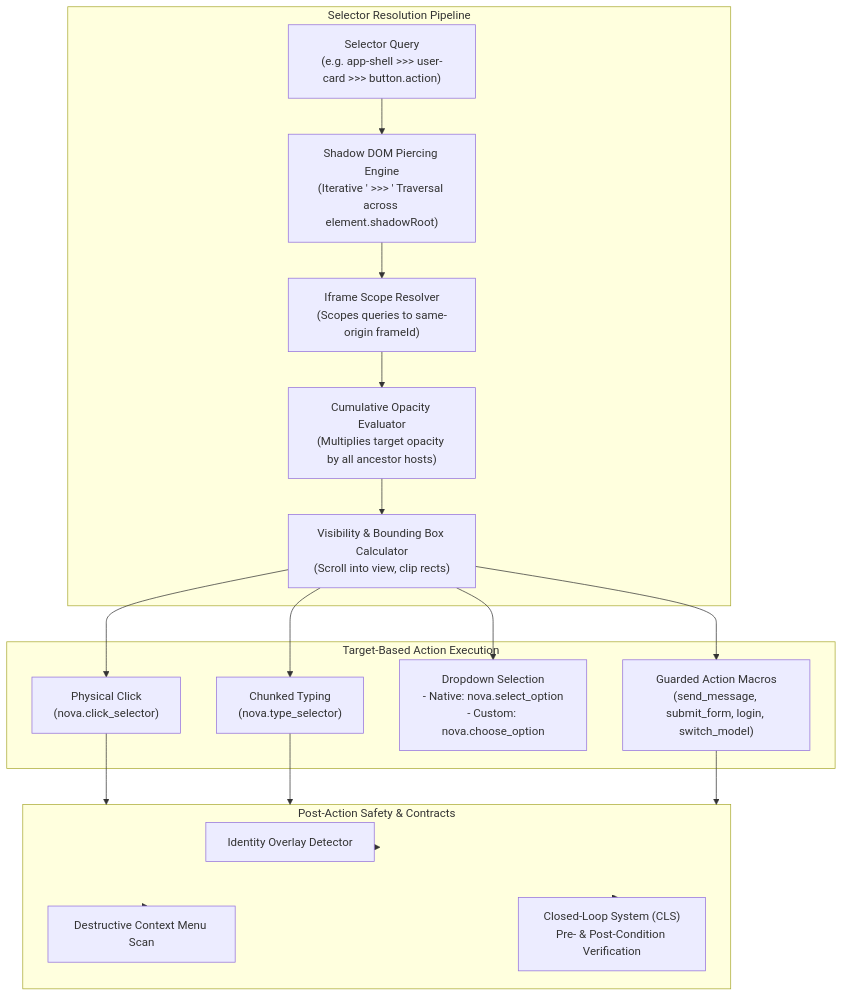
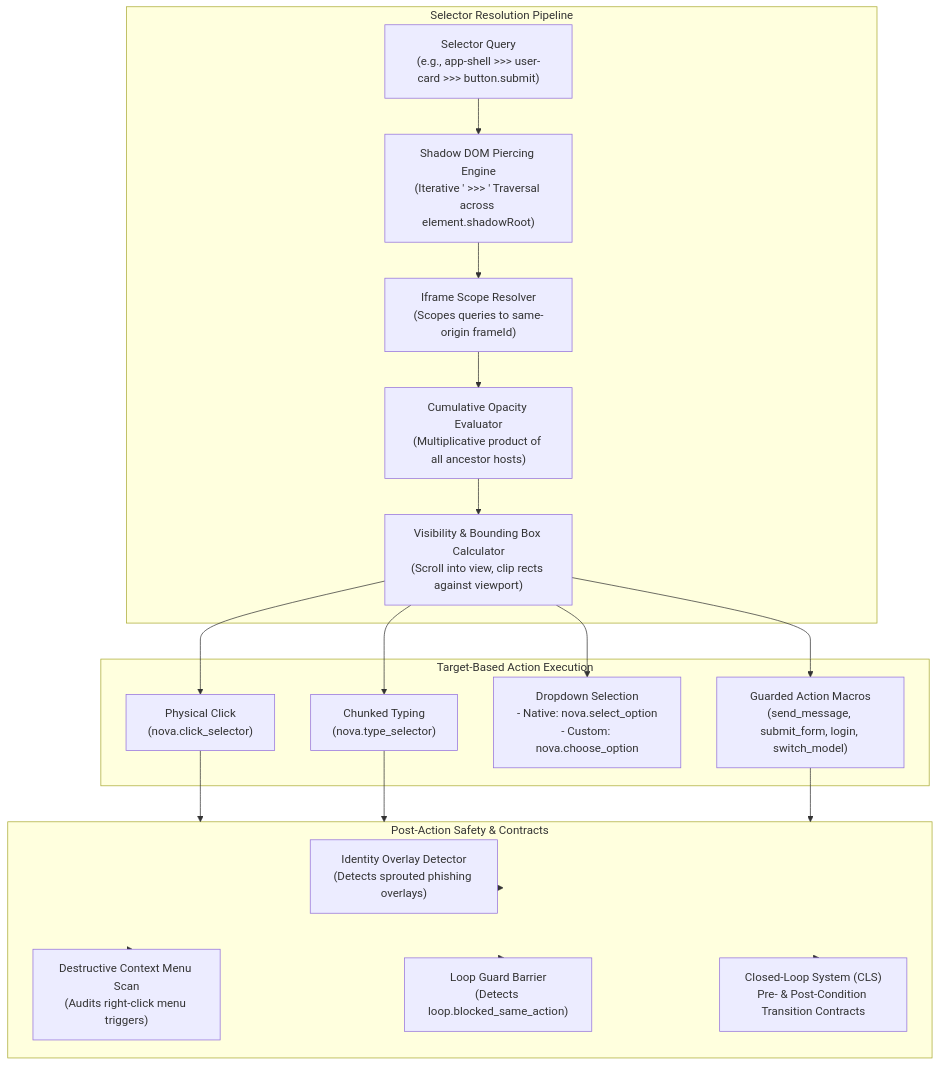
Before and after one commit to joelaniol/nova: the first of 5 diagrams in docs/core-features/browser-interaction/selectors-and-shadow-dom/README.md, drawn with Mermaid. The commit also changed other lines of this file and 6 other files, not shown here.

Commit message:
docs(browser-interaction): expand architectural reference with input dispatch, drag polyfill, and guarded macros

````diff
--- a/docs/core-features/browser-interaction/selectors-and-shadow-dom/README.md
+++ b/docs/core-features/browser-interaction/selectors-and-shadow-dom/README.md
@@ -7,36 +16,38 @@
 ```mermaid
 flowchart TD
     subgraph SelectorEngine["Selector Resolution Pipeline"]
-        InputSelector["Selector Query\n(e.g. app-shell >>> user-card >>> button.action)"]
+        InputSelector["Selector Query\n(e.g., app-shell >>> user-card >>> button.submit)"]
         ShadowWalker["Shadow DOM Piercing Engine\n(Iterative ' >>> ' Traversal across element.shadowRoot)"]
         FrameScope["Iframe Scope Resolver\n(Scopes queries to same-origin frameId)"]
-        OpacityCalc["Cumulative Opacity Evaluator\n(Multiplies target opacity by all ancestor hosts)"]
-        VisibilityRect["Visibility & Bounding Box Calculator\n(Scroll into view, clip rects)"]
+        OpacityCalc["Cumulative Opacity Evaluator\n(Multiplicative product of all ancestor hosts)"]
+        VisibilityRect["Visibility & Bounding Box Calculator\n(Scroll into view, clip rects against viewport)"]
     end
 
     subgraph ActionsLayer["Target-Based Action Execution"]
         ClickAction["Physical Click\n(nova.click_selector)"]
         TypeAction["Chunked Typing\n(nova.type_selector)"]
         SelectAction["Dropdown Selection\n- Native: nova.select_option\n- Custom: nova.choose_option"]
         GuardedMacro["Guarded Action Macros\n(send_message, submit_form, login, switch_model)"]
     end
 
     subgraph SafetyGate["Post-Action Safety & Contracts"]
-        IdentityCheck["Identity Overlay Detector"]
-        MenuCheck["Destructive Context Menu Scan"]
-        CLSContracts["Closed-Loop System (CLS)\nPre- & Post-Condition Verification"]
+        IdentityCheck["Identity Overlay Detector\n(Detects sprouted phishing overlays)"]
+        MenuCheck["Destructive Context Menu Scan\n(Audits right-click menu triggers)"]
+        LoopCheck["Loop Guard Barrier\n(Detects loop.blocked_same_action)"]
+        CLSContracts["Closed-Loop System (CLS)\nPre- & Post-Condition Transition Contracts"]
     end
 
     InputSelector --> ShadowWalker --> FrameScope --> OpacityCalc --> VisibilityRect
     VisibilityRect --> ClickAction
     VisibilityRect --> TypeAction
     VisibilityRect --> SelectAction
     VisibilityRect --> GuardedMacro
 
     ClickAction --> SafetyGate
     TypeAction --> SafetyGate
     GuardedMacro --> SafetyGate
     SafetyGate --> IdentityCheck
     SafetyGate --> MenuCheck
+    SafetyGate --> LoopCheck
     SafetyGate --> CLSContracts
 ```
````
